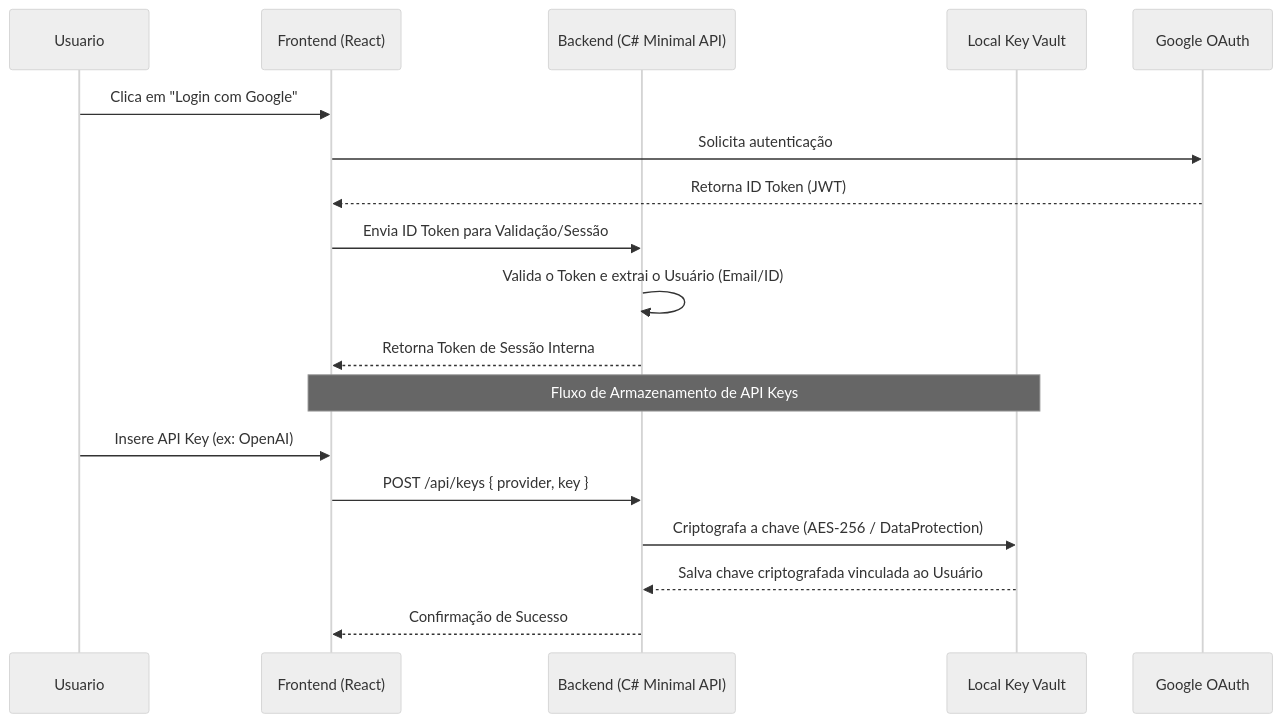
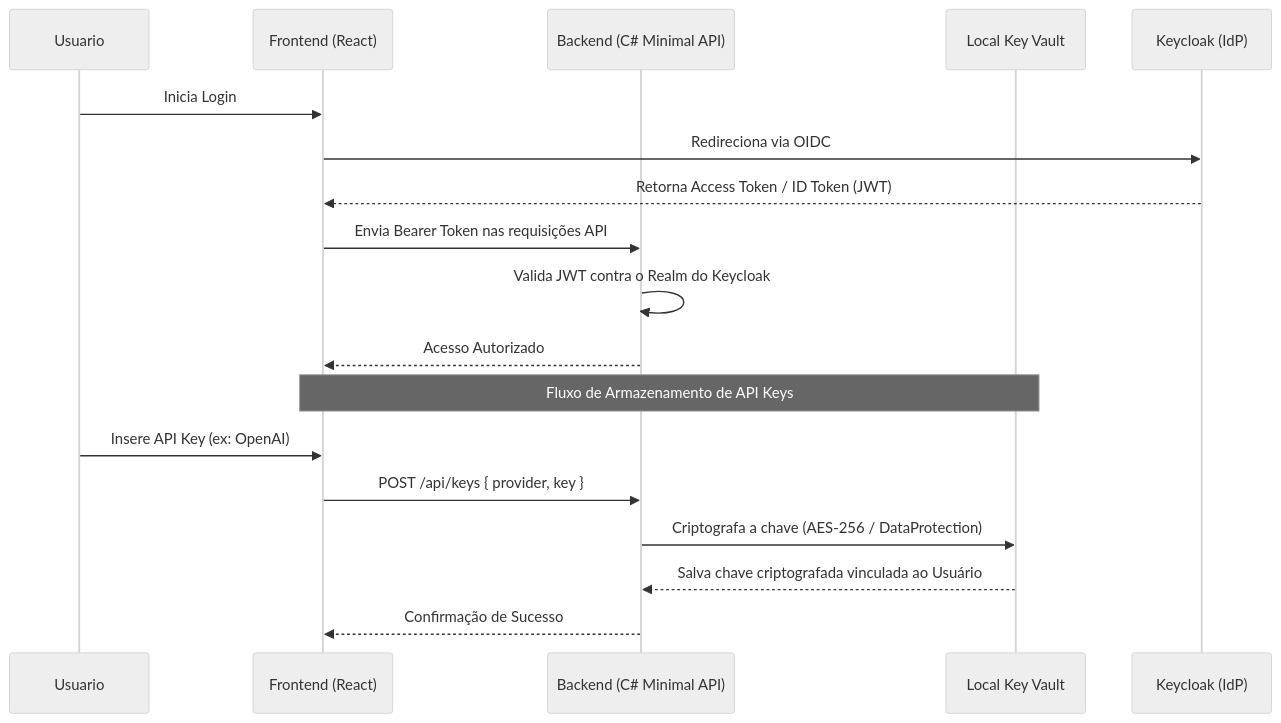
Before and after one commit to nhmatsumoto/ronaldinho-agent: the diagram in docs/adr/004-oauth2-keyvault.md, drawn with Mermaid (neutral theme). The commit also changed other lines of this file and 25 other files, not shown here.

````diff
--- a/docs/adr/004-oauth2-keyvault.md
+++ b/docs/adr/004-oauth2-keyvault.md
@@ -8,22 +8,22 @@
 ```mermaid
 sequenceDiagram
     participant Usuario
     participant Frontend (React)
     participant Backend (C# Minimal API)
     participant Local Key Vault
-    participant Google OAuth
+    participant Keycloak (IdP)
 
-    Usuario->>Frontend (React): Clica em "Login com Google"
-    Frontend (React)->>Google OAuth: Solicita autenticação
-    Google OAuth-->>Frontend (React): Retorna ID Token (JWT)
-    Frontend (React)->>Backend (C# Minimal API): Envia ID Token para Validação/Sessão
-    Backend (C# Minimal API)->>Backend (C# Minimal API): Valida o Token e extrai o Usuário (Email/ID)
-     Backend (C# Minimal API)-->>Frontend (React): Retorna Token de Sessão Interna
+    Usuario->>Frontend (React): Inicia Login
+    Frontend (React)->>Keycloak (IdP): Redireciona via OIDC
+    Keycloak (IdP)-->>Frontend (React): Retorna Access Token / ID Token (JWT)
+    Frontend (React)->>Backend (C# Minimal API): Envia Bearer Token nas requisições API
+    Backend (C# Minimal API)->>Backend (C# Minimal API): Valida JWT contra o Realm do Keycloak
+     Backend (C# Minimal API)-->>Frontend (React): Acesso Autorizado
 
     Note over Frontend (React), Local Key Vault: Fluxo de Armazenamento de API Keys
     Usuario->>Frontend (React): Insere API Key (ex: OpenAI)
     Frontend (React)->>Backend (C# Minimal API): POST /api/keys { provider, key }
     Backend (C# Minimal API)->>Local Key Vault: Criptografa a chave (AES-256 / DataProtection)
     Local Key Vault-->>Backend (C# Minimal API): Salva chave criptografada vinculada ao Usuário
     Backend (C# Minimal API)-->>Frontend (React): Confirmação de Sucesso
 ```
````
